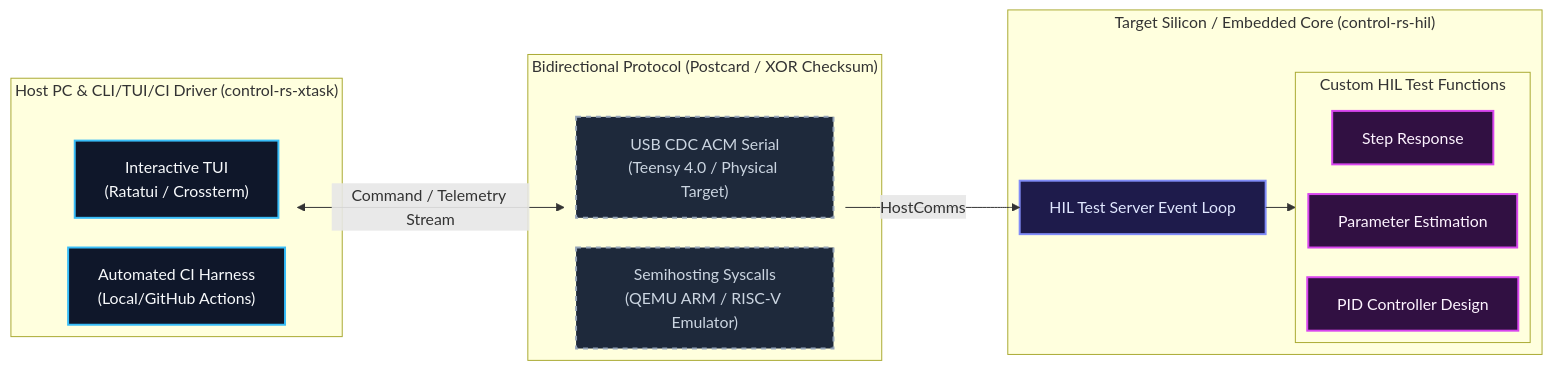
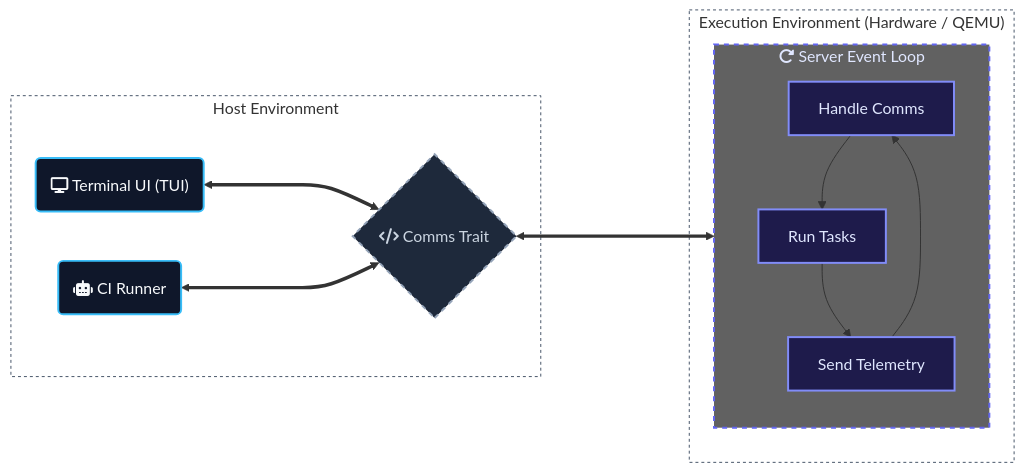
One commit to Dyse-Industries/control-rs changed the diagram in README.md. Above: the diagram before and after it, drawn with Mermaid. The commit also changed other lines of this file and 1 other file, not shown here.

Commit message:
readme diagram updates

````diff
--- a/README.md
+++ b/README.md
@@ -16,40 +21,41 @@
 ```mermaid
 ---
 config:
-  layout: elk
+  layout: dagre
 ---
 flowchart LR
- subgraph Host["Host PC & CLI/TUI/CI Driver (control-rs-xtask)"]
-        TUI["Interactive TUI<br>(Ratatui / Crossterm)"]
-        CI["Automated CI Harness<br>(Local/GitHub Actions)"]
+ subgraph Host["Host Environment"]
+        TUI("fa:fa-display Terminal UI (TUI)")
+        CI("fa:fa-robot CI Runner")
+        Comm{"fa:fa-code Comms Trait"}
   end
- subgraph Link["Bidirectional Protocol (Postcard / XOR Checksum)"]
-        USB["USB CDC ACM Serial<br>(Teensy 4.0 / Physical Target)"]
-        SH["Semihosting Syscalls<br>(QEMU ARM / RISC-V Emulator)"]
+ subgraph Loop["fa:fa-rotate-right Server Event Loop"]
+    direction TB
+        Comms["Handle Comms"]
+        Tasks["Run Tasks"]
+        Telem["Send Telemetry"]
   end
- subgraph SysIdLoop["Custom HIL Test Functions"]
-        Estimator["Parameter Estimation"]
-        Controller["PID Controller Design"]
-        Plant["Step Response"]
+ subgraph TargetEnv["Execution Environment (Hardware / QEMU)"]
+        Loop
   end
- subgraph Target["Target Silicon / Embedded Core (control-rs-hil)"]
-        Server["HIL Test Server Event Loop"]
-        SysIdLoop
-  end
-    Host <-- Command / Telemetry Stream --> Link
-    Server --> SysIdLoop
-    Link -- HostComms --> Server
+    Comms --> Tasks
+    Tasks --> Telem
+    Telem --> Comms
+    TUI <====> Comm
+    CI <====> Comm
+    Comm <====> Comms
 
      TUI:::host
      CI:::host
-     USB:::link
-     SH:::link
-     Estimator:::loop
-     Controller:::loop
-     Plant:::loop
-     Server:::target
+     Comm:::link
+     Comms:::target
+     Tasks:::target
+     Telem:::target
     classDef host fill:#0f172a,stroke:#38bdf8,stroke-width:2px,color:#f8fafc
-    classDef link fill:#1e293b,stroke:#94a3b8,stroke-width:2px,stroke-dasharray: 5 5,color:#cbd5e1
+    classDef link fill:#1e293b,stroke:#94a3b8,stroke-width:2px,stroke-dasharray:5 5,color:#cbd5e1
     classDef target fill:#1e1b4b,stroke:#818cf8,stroke-width:2px,color:#e0e7ff
-    classDef loop fill:#311042,stroke:#d946ef,stroke-width:2px,color:#fdf4ff
+    style Comms fill:#1e1b4b
+    style Loop fill:#616161,stroke:#6366f1,stroke-width:2px,stroke-dasharray:5 5,color:#e0e7ff
+    style Host fill:transparent,stroke:#475569,stroke-width:1px,stroke-dasharray:3 3
+    style TargetEnv fill:transparent,stroke:#475569,stroke-width:1px,stroke-dasharray:3 3
 ```
````
